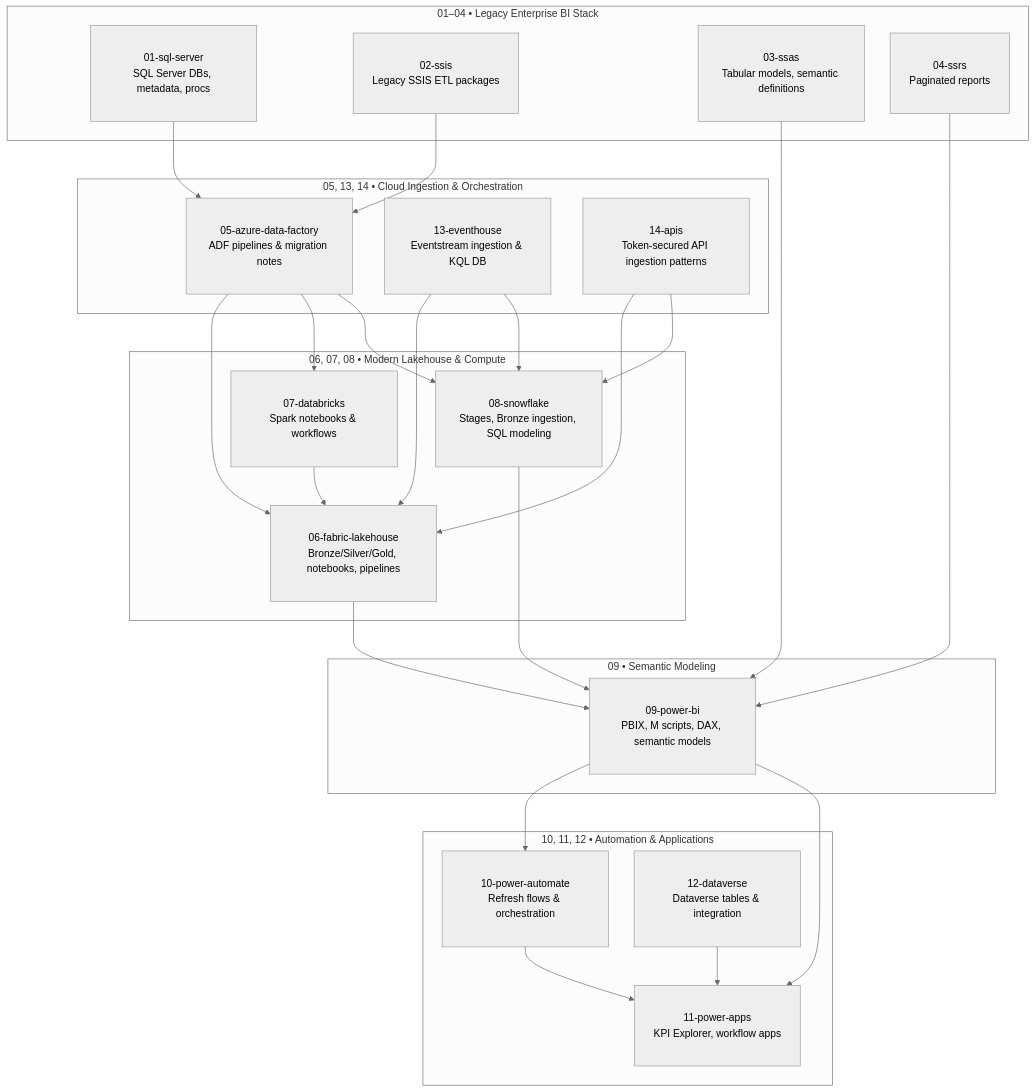
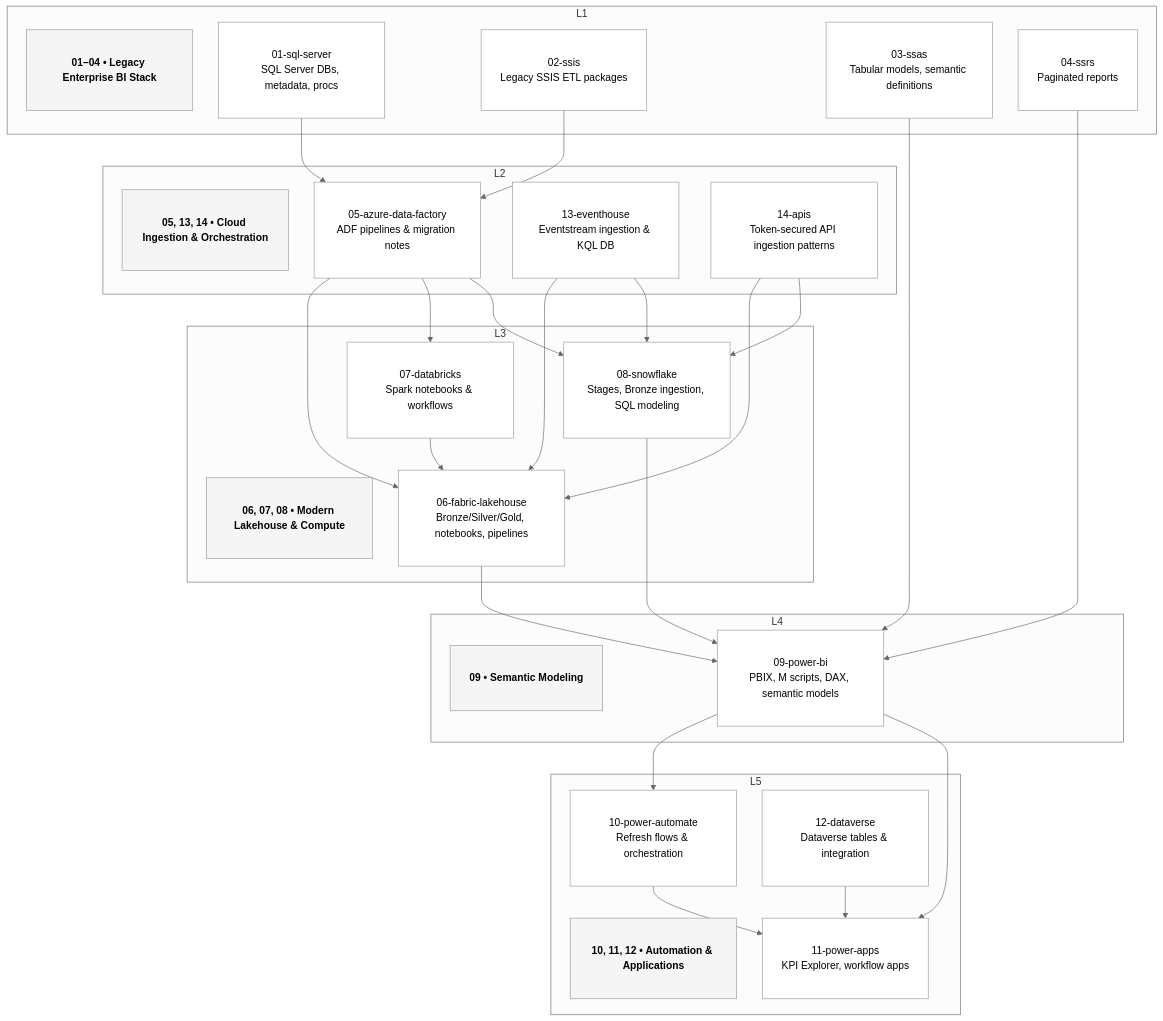
The diagram in docs/README.md (michaelraylloyd/gulf-to-bay-analytics-modernization), drawn with Mermaid (neutral theme) before and after one commit.

Commit message:
Expanded SQL Server modernization narrative; added GTB-aligned documentation and DBA toolkit headers

````diff
--- a/docs/README.md
+++ b/docs/README.md
@@ -573,24 +573,16 @@
 ```mermaid
-%% ---------------------------------------------------------
-%% GLOBAL INIT — spacing GitHub actually honors
-%% ---------------------------------------------------------
-%%{init: {'flowchart': {'nodeSpacing': 40, 'rankSpacing': 60}}}%%
+%%{init: {'flowchart': {'nodeSpacing': 40, 'rankSpacing': 50}}}%%
 
 flowchart TB
 
-%% ---------------------------------------------------------
-%% GLOBAL CLASSES
-%% ---------------------------------------------------------
-classDef layer fill:#ffffff,stroke:#999,stroke-width:1px;
-classDef wide fill:#ffffff,stroke:#999,stroke-width:1px;
-classDef pad margin:20px,padding:10px;
-classDef spacer fill:#0000,stroke:#0000,color:#0000;
+classDef pad fill:#ffffff,stroke:#999,stroke-width:1px,margin:20px,padding:10px;
+classDef subheader fill:#f5f5f5,stroke:#999,stroke-width:1px,font-weight:bold,padding:6px;
 
 %% ---------------------------------------------------------
 %% L1 — LEGACY ENTERPRISE BI STACK
 %% ---------------------------------------------------------
-subgraph L1[01–04 • Legacy Enterprise BI Stack]
-    L1_PAD[" "]:::spacer
+subgraph L1
+    L1_HDR["<b>01–04 • Legacy Enterprise BI Stack</b>"]:::subheader
 
     SQL[01-sql-server<br/>SQL Server DBs, metadata, procs]:::pad
     SSIS[02-ssis<br/>Legacy SSIS ETL packages]:::pad
@@ -601,8 +593,8 @@
 %% ---------------------------------------------------------
 %% L2 — CLOUD INGESTION & ORCHESTRATION
 %% ---------------------------------------------------------
-subgraph L2[05, 13, 14 • Cloud Ingestion & Orchestration]
-    L2_PAD[" "]:::spacer
+subgraph L2
+    L2_HDR["<b>05, 13, 14 • Cloud Ingestion & Orchestration</b>"]:::subheader
 
     ADF[05-azure-data-factory<br/>ADF pipelines & migration notes]:::pad
     EVENT[13-eventhouse<br/>Eventstream ingestion & KQL DB]:::pad
@@ -612,8 +604,8 @@
 %% ---------------------------------------------------------
 %% L3 — MODERN LAKEHOUSE & COMPUTE
 %% ---------------------------------------------------------
-subgraph L3[06, 07, 08 • Modern Lakehouse & Compute]
-    L3_PAD[" "]:::spacer
+subgraph L3
+    L3_HDR["<b>06, 07, 08 • Modern Lakehouse & Compute</b>"]:::subheader
 
     FAB[06-fabric-lakehouse<br/>Bronze/Silver/Gold, notebooks, pipelines]:::pad
     DBX[07-databricks<br/>Spark notebooks & workflows]:::pad
@@ -623,8 +615,8 @@
 %% ---------------------------------------------------------
 %% L4 — SEMANTIC MODELING
 %% ---------------------------------------------------------
-subgraph L4[09 • Semantic Modeling]
-    L4_PAD[" "]:::spacer
+subgraph L4
+    L4_HDR["<b>09 • Semantic Modeling</b>"]:::subheader
 
     PBI[09-power-bi<br/>PBIX, M scripts, DAX, semantic models]:::pad
 end
@@ -632,8 +624,8 @@
 %% ---------------------------------------------------------
 %% L5 — AUTOMATION & APPLICATIONS
 %% ---------------------------------------------------------
-subgraph L5[10, 11, 12 • Automation & Applications]
-    L5_PAD[" "]:::spacer
+subgraph L5
+    L5_HDR["<b>10, 11, 12 • Automation & Applications</b>"]:::subheader
 
     PA[10-power-automate<br/>Refresh flows & orchestration]:::pad
     APPS[11-power-apps<br/>KPI Explorer, workflow apps]:::pad
````
